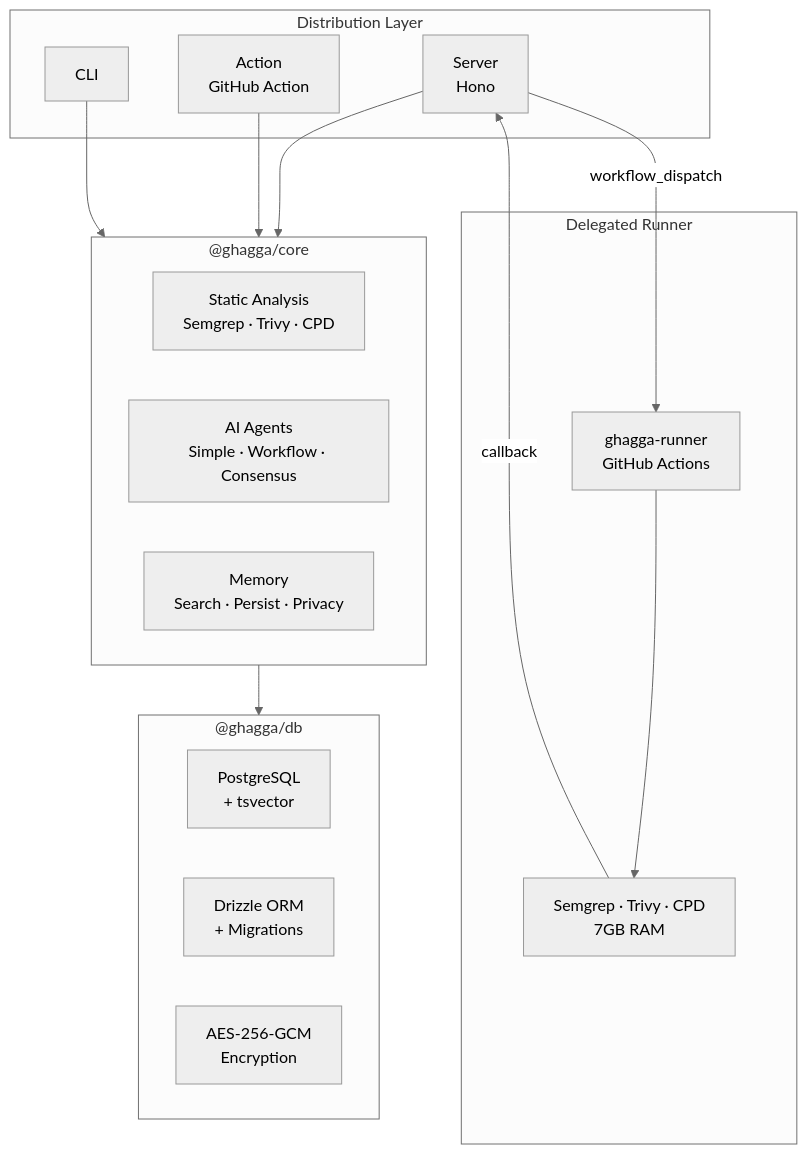
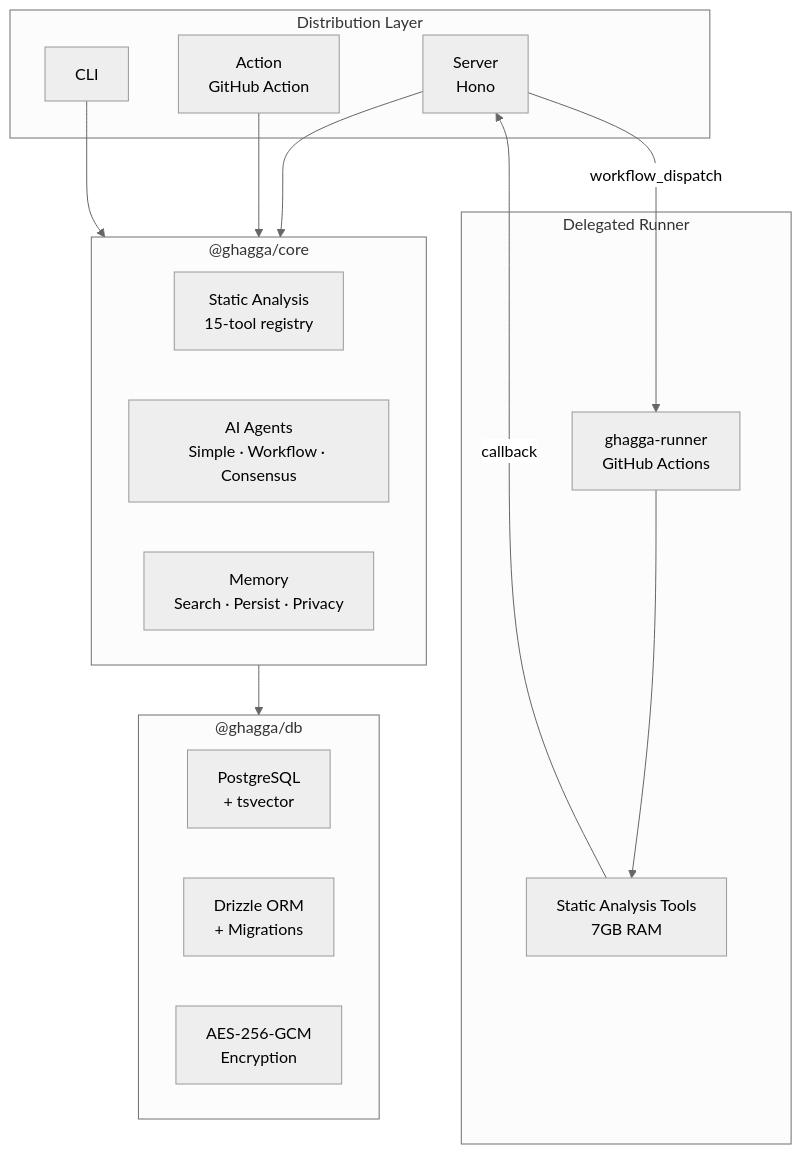
One commit to actions-marketplace-validations/JNZader_ghagga changed the first of 5 diagrams in README.md. Above: the diagram before and after it, drawn with Mermaid (neutral theme). The commit also changed other lines of this file and 9 other files, not shown here.

First line of the commit message:
docs: update all documentation for extensible static analysis (3→15 tools)

````diff
--- a/README.md
+++ b/README.md
@@ -244,34 +242,34 @@
 ```mermaid
 graph TB
   subgraph Distribution["Distribution Layer"]
     Server["Server<br/>Hono"]
     Action["Action<br/>GitHub Action"]
     CLI["CLI"]
   end
 
   subgraph Runner["Delegated Runner"]
     RunnerRepo["ghagga-runner<br/>GitHub Actions"]
-    RunnerTools["Semgrep · Trivy · CPD<br/>7GB RAM"]
+    RunnerTools["Static Analysis Tools<br/>7GB RAM"]
   end
 
   subgraph Core["@ghagga/core"]
-    SA["Static Analysis<br/>Semgrep · Trivy · CPD"]
+    SA["Static Analysis<br/>15-tool registry"]
     Agents["AI Agents<br/>Simple · Workflow · Consensus"]
     Memory["Memory<br/>Search · Persist · Privacy"]
   end
 
   subgraph DB["@ghagga/db"]
     PG["PostgreSQL<br/>+ tsvector"]
     Drizzle["Drizzle ORM<br/>+ Migrations"]
     Crypto["AES-256-GCM<br/>Encryption"]
   end
 
   Server -- "workflow_dispatch" --> RunnerRepo
   RunnerRepo --> RunnerTools
   RunnerTools -- "callback" --> Server
 
   Server --> Core
   Action --> Core
   CLI --> Core
   Core --> DB
 ```
````
